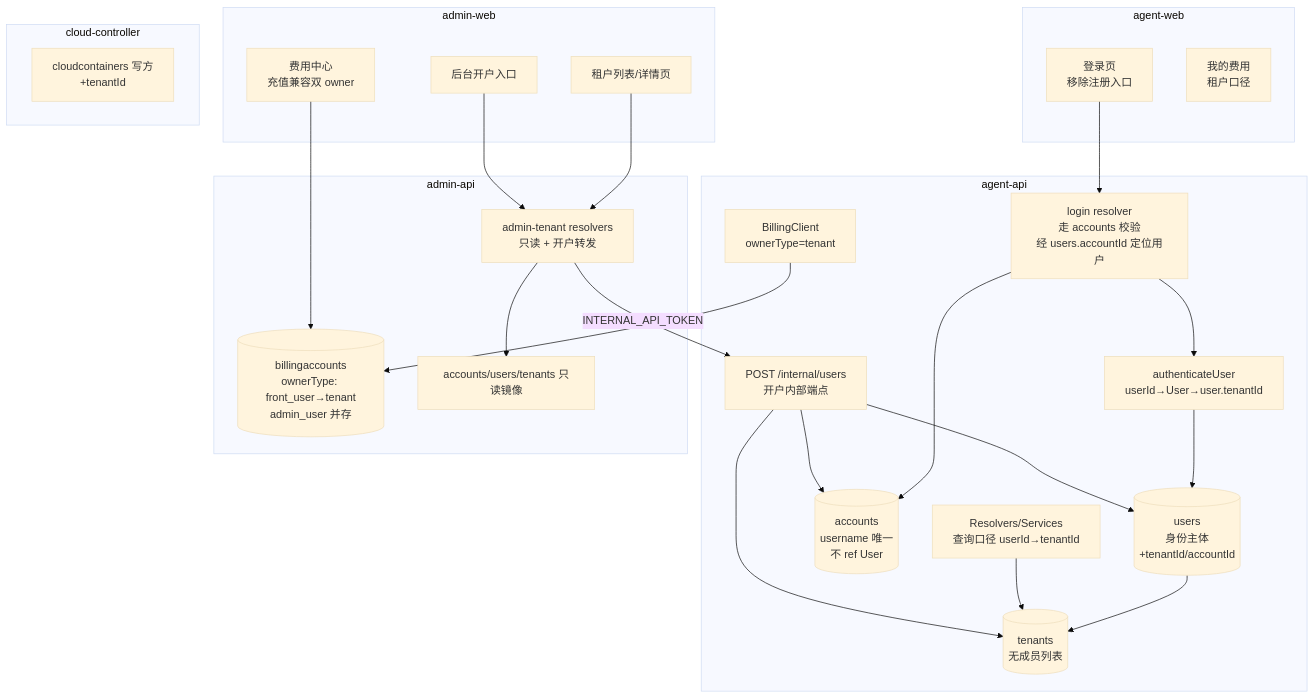
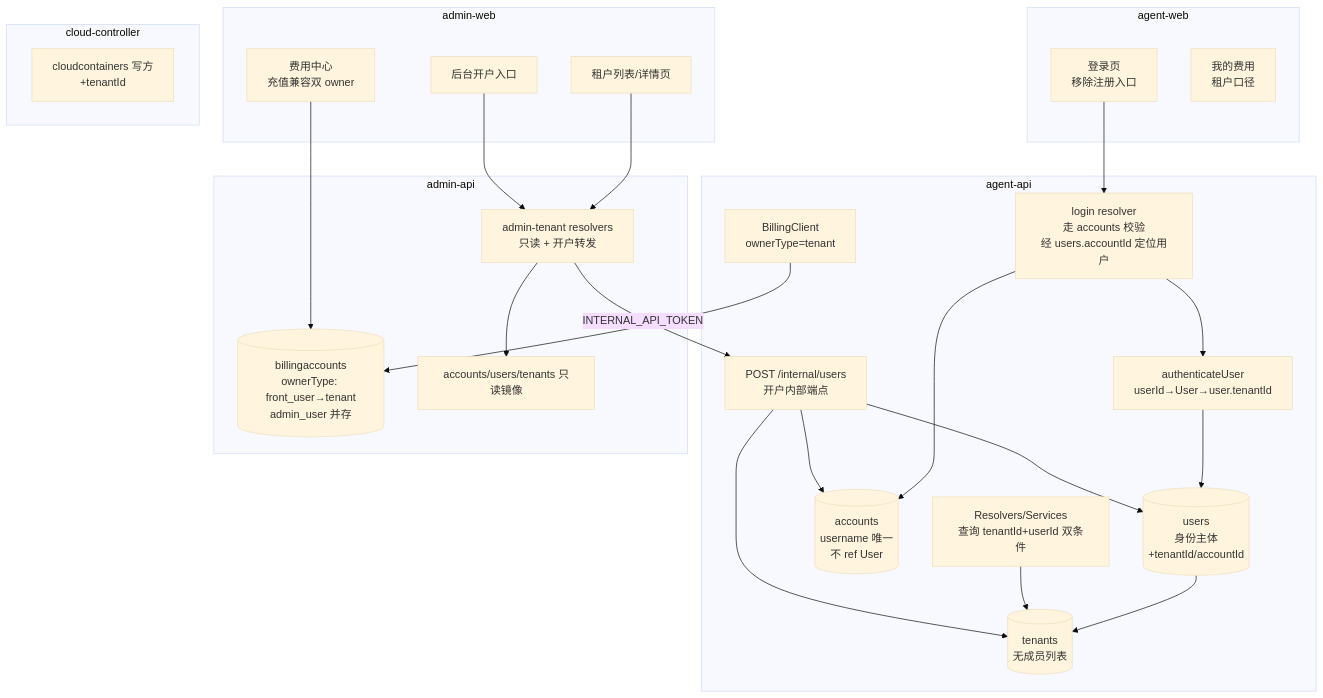
Before and after one commit to Deliay/z-agent-gear: the second of 6 diagrams in docs/engineering/proposals/20261027-feat-multi-tenant-phase1.md, drawn with Mermaid (base theme). The commit also changed other lines of this file and 3 other files, not shown here.

````diff
--- a/docs/engineering/proposals/20261027-feat-multi-tenant-phase1.md
+++ b/docs/engineering/proposals/20261027-feat-multi-tenant-phase1.md
@@ -73,40 +75,40 @@
 ```mermaid
 graph TD
     subgraph agent-web
         L[登录页<br/>移除注册入口]
         B1[我的费用<br/>租户口径]
     end
     subgraph admin-web
         T1[租户列表/详情页]
         T2[后台开户入口]
         B2[费用中心<br/>充值兼容双 owner]
     end
     subgraph agent-api
         AUTH[authenticateUser<br/>userId→User→user.tenantId]
         LOGIN[login resolver<br/>走 accounts 校验<br/>经 users.accountId 定位用户]
-        RS[Resolvers/Services<br/>查询口径 userId→tenantId]
+        RS[Resolvers/Services<br/>查询 tenantId+userId 双条件]
         ACC[(accounts<br/>username 唯一<br/>不 ref User)]
         USR[(users<br/>身份主体<br/>+tenantId/accountId)]
         TEN[(tenants<br/>无成员列表)]
         IU[POST /internal/users<br/>开户内部端点]
         BC[BillingClient<br/>ownerType=tenant]
     end
     subgraph admin-api
         TR[admin-tenant resolvers<br/>只读 + 开户转发]
         BA[(billingaccounts<br/>ownerType: front_user→tenant<br/>admin_user 并存)]
         MIR[accounts/users/tenants 只读镜像]
     end
     subgraph cloud-controller
         CC[cloudcontainers 写方<br/>+tenantId]
     end
     L --> LOGIN --> ACC
     LOGIN --> AUTH --> USR --> TEN
     RS --> TEN
     T1 --> TR --> MIR
     T2 --> TR -->|INTERNAL_API_TOKEN| IU
     IU --> ACC
     IU --> USR
     IU --> TEN
     B2 --> BA
     BC --> BA
 ```
````
